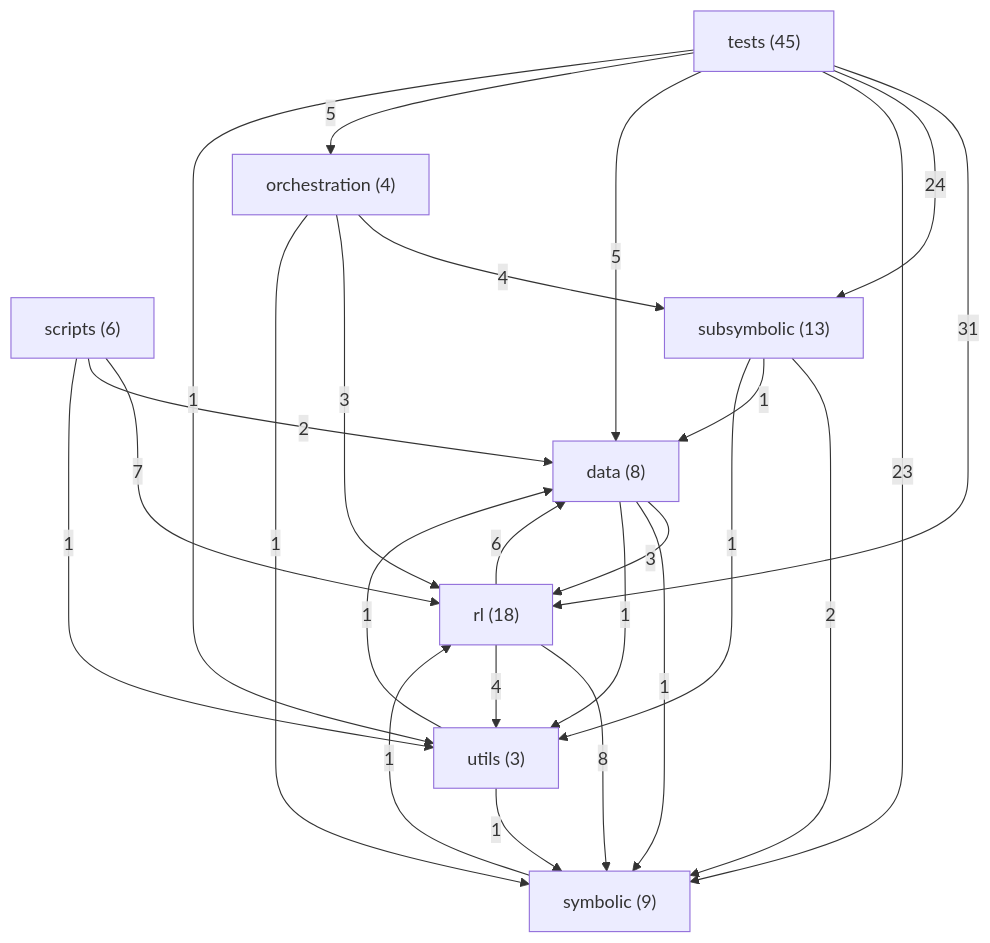
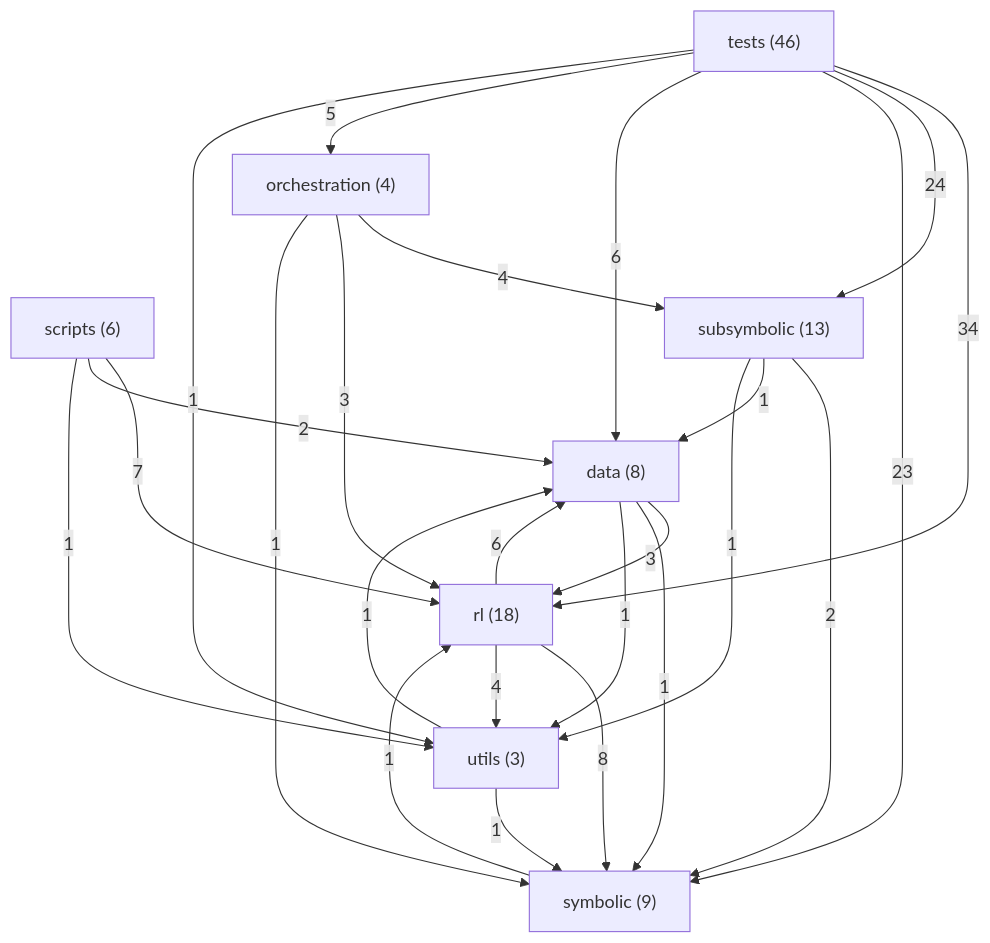
One commit to danrd/ARC-AGI changed the diagram in ARCHITECTURE.md. Above: the diagram before and after it, drawn with Mermaid. The commit also changed other lines of this file and 3 other files, not shown here.

````diff
--- a/ARCHITECTURE.md
+++ b/ARCHITECTURE.md
@@ -127,35 +127,35 @@
 ```mermaid
 graph TD
   data["data (8)"]
   orchestration["orchestration (4)"]
   rl["rl (18)"]
   scripts["scripts (6)"]
   subsymbolic["subsymbolic (13)"]
   symbolic["symbolic (9)"]
-  tests["tests (45)"]
+  tests["tests (46)"]
   utils["utils (3)"]
-  tests -->|31| rl
+  tests -->|34| rl
   tests -->|24| subsymbolic
   tests -->|23| symbolic
   rl -->|8| symbolic
   scripts -->|7| rl
   rl -->|6| data
-  tests -->|5| data
+  tests -->|6| data
   tests -->|5| orchestration
   orchestration -->|4| subsymbolic
   rl -->|4| utils
   data -->|3| rl
   orchestration -->|3| rl
   scripts -->|2| data
   subsymbolic -->|2| symbolic
   data -->|1| symbolic
   data -->|1| utils
   orchestration -->|1| symbolic
   scripts -->|1| utils
   subsymbolic -->|1| data
   subsymbolic -->|1| utils
   symbolic -->|1| rl
   tests -->|1| utils
   utils -->|1| data
   utils -->|1| symbolic
 ```
````
